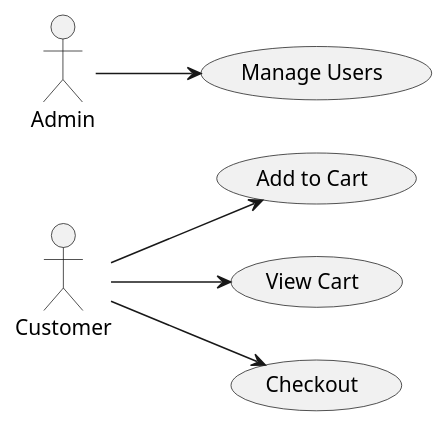
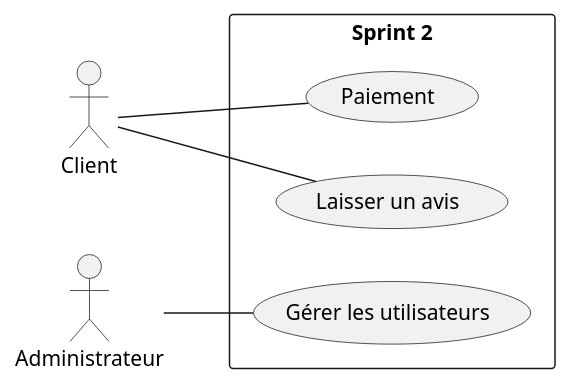
One commit to dinadehbi/Website-Ecommerce-Watches changed the diagram in Analyse/sprint2.puml. Above: the diagram before and after it, drawn with PlantUML. The commit also changed 2 other files, not shown here.

Commit message:
Diagramme de cas d'utilisation modification

```diff
--- a/Analyse/sprint2.puml
+++ b/Analyse/sprint2.puml
@@ -1,16 +1,15 @@
-@startuml Watches_ecommerce
+@startuml Sprint2_Montres_ecommerce
 left to right direction
-actor Customer
-actor Admin
+actor Client
+actor Administrateur
 
-usecase "Add to Cart" as UC_AddCart
-usecase "View Cart" as UC_ViewCart
-usecase "Checkout" as UC_Checkout
-usecase "Manage Users" as UC_ManageUsers
+rectangle "Sprint 2" {
+  usecase "Paiement" as UC_Checkout
+  usecase "Laisser un avis" as UC_Review
+  usecase "Gérer les utilisateurs" as UC_ManageUsers
+}
 
-Customer --> UC_AddCart
-Customer --> UC_ViewCart
-Customer --> UC_Checkout
-
-Admin --> UC_ManageUsers
+Client -- UC_Checkout
+Client -- UC_Review
+Administrateur -- UC_ManageUsers
 @enduml
```
